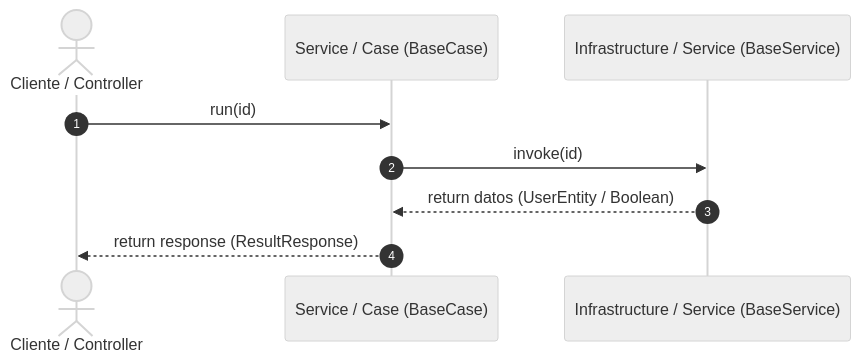
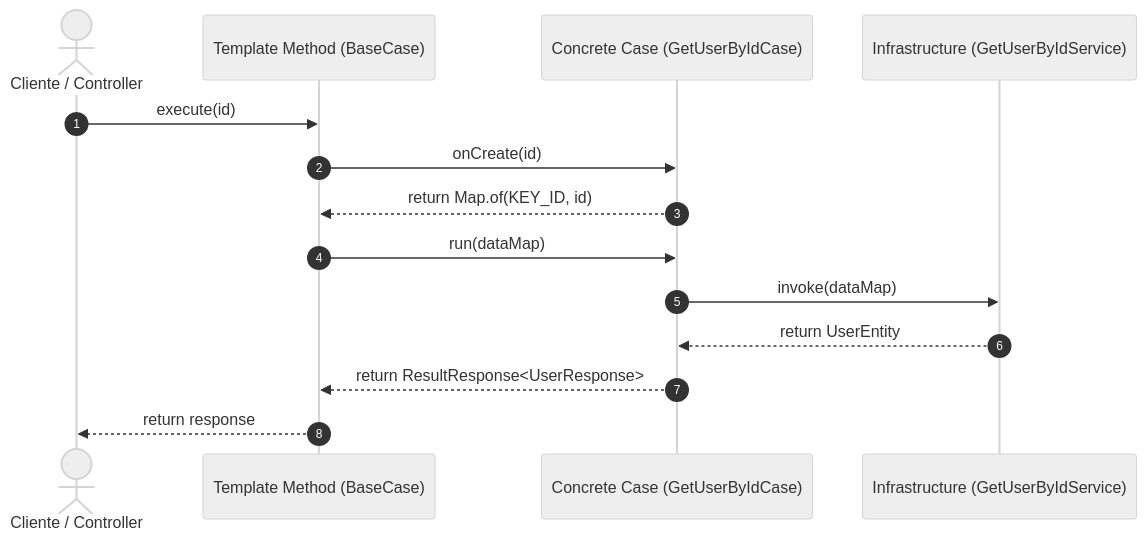
Before and after one commit to edythawne/java-arch-prototype: the diagram in README.md, drawn with Mermaid (neutral theme). The commit also changed other lines of this file and 11 other files, not shown here.

````diff
--- a/README.md
+++ b/README.md
@@ -30,13 +30,18 @@
 ```mermaid
 sequenceDiagram
     autonumber
     actor Client as Cliente / Controller
-    participant UseCase as Service / Case (BaseCase)
-    participant Repo as Infrastructure / Service (BaseService)
+    participant BaseCase as Template Method (BaseCase)
+    participant UseCase as Concrete Case (GetUserByIdCase)
+    participant Repo as Infrastructure (GetUserByIdService)
 
-    Client->>UseCase: run(id)
-    UseCase->>Repo: invoke(id)
-    Repo-->>UseCase: return datos (UserEntity / Boolean)
-    UseCase-->>Client: return response (ResultResponse)
+    Client->>BaseCase: execute(id)
+    BaseCase->>UseCase: onCreate(id)
+    UseCase-->>BaseCase: return Map.of(KEY_ID, id)
+    BaseCase->>UseCase: run(dataMap)
+    UseCase->>Repo: invoke(dataMap)
+    Repo-->>UseCase: return UserEntity
+    UseCase-->>BaseCase: return ResultResponse<UserResponse>
+    BaseCase-->>Client: return response
 
 ```
````
